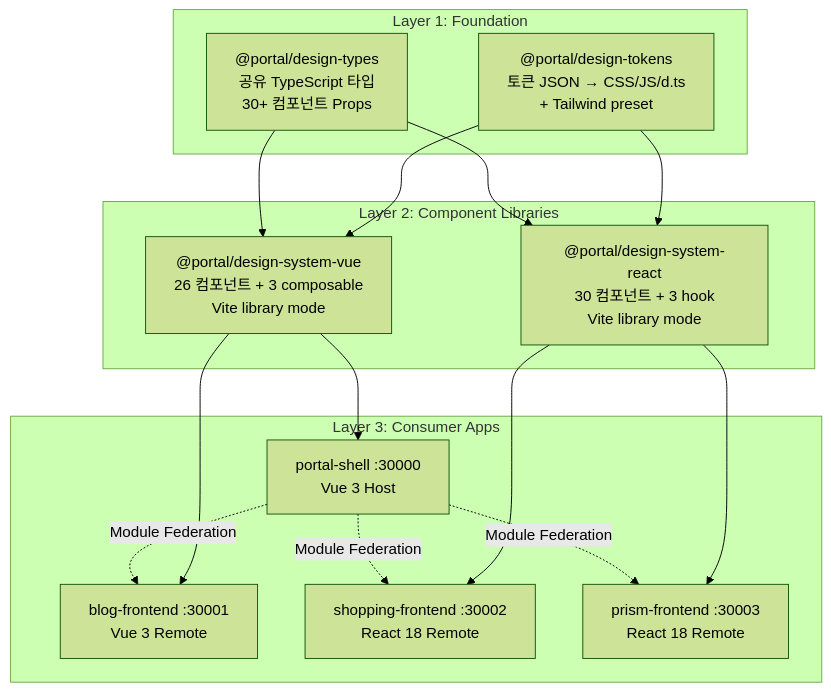
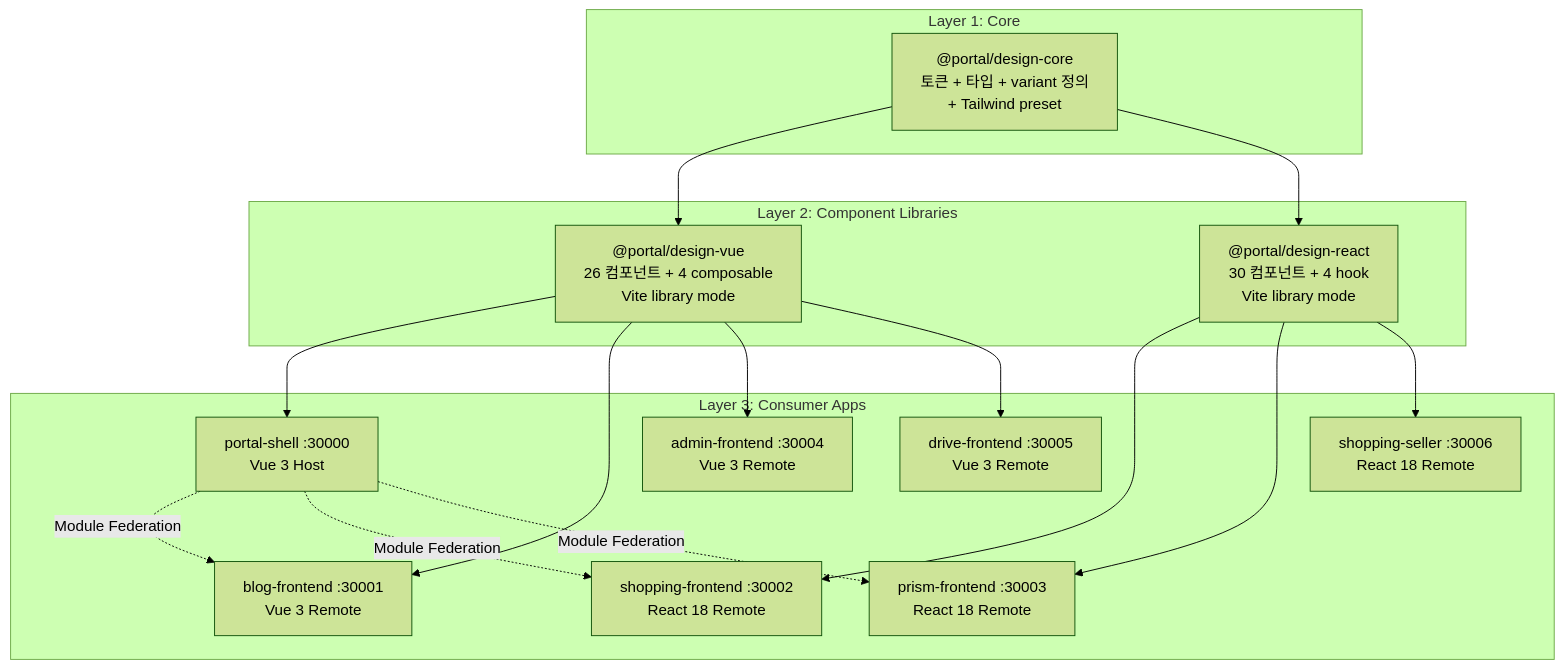
The first of 2 diagrams in docs/architecture/design-system/system-overview.md (L-a-z-e/portal-universe), drawn with Mermaid (forest theme) before and after one commit. The commit also changed other lines of this file and 539 other files, not shown here.

First line of the commit message:
refactor(design-system): consolidate 4 packages into 3 (ADR-043)

````diff
--- a/docs/architecture/design-system/system-overview.md
+++ b/docs/architecture/design-system/system-overview.md
@@ -31,33 +32,36 @@
 ```mermaid
 graph TB
-    subgraph "Layer 1: Foundation"
-        DT["@portal/design-tokens<br/>토큰 JSON → CSS/JS/d.ts<br/>+ Tailwind preset"]
-        DY["@portal/design-types<br/>공유 TypeScript 타입<br/>30+ 컴포넌트 Props"]
+    subgraph "Layer 1: Core"
+        DC["@portal/design-core<br/>토큰 + 타입 + variant 정의<br/>+ Tailwind preset"]
     end
 
     subgraph "Layer 2: Component Libraries"
-        VUE["@portal/design-system-vue<br/>26 컴포넌트 + 3 composable<br/>Vite library mode"]
-        REACT["@portal/design-system-react<br/>30 컴포넌트 + 3 hook<br/>Vite library mode"]
+        VUE["@portal/design-vue<br/>26 컴포넌트 + 4 composable<br/>Vite library mode"]
+        REACT["@portal/design-react<br/>30 컴포넌트 + 4 hook<br/>Vite library mode"]
     end
 
     subgraph "Layer 3: Consumer Apps"
         SHELL["portal-shell :30000<br/>Vue 3 Host"]
         BLOG["blog-frontend :30001<br/>Vue 3 Remote"]
+        ADMIN["admin-frontend :30004<br/>Vue 3 Remote"]
+        DRIVE["drive-frontend :30005<br/>Vue 3 Remote"]
         SHOP["shopping-frontend :30002<br/>React 18 Remote"]
         PRISM["prism-frontend :30003<br/>React 18 Remote"]
+        SELLER["shopping-seller :30006<br/>React 18 Remote"]
     end
 
-    DT --> VUE
-    DT --> REACT
-    DY --> VUE
-    DY --> REACT
+    DC --> VUE
+    DC --> REACT
 
     VUE --> SHELL
     VUE --> BLOG
+    VUE --> ADMIN
+    VUE --> DRIVE
     REACT --> SHOP
     REACT --> PRISM
+    REACT --> SELLER
 
     SHELL -.->|Module Federation| BLOG
     SHELL -.->|Module Federation| SHOP
     SHELL -.->|Module Federation| PRISM
 ```
````
